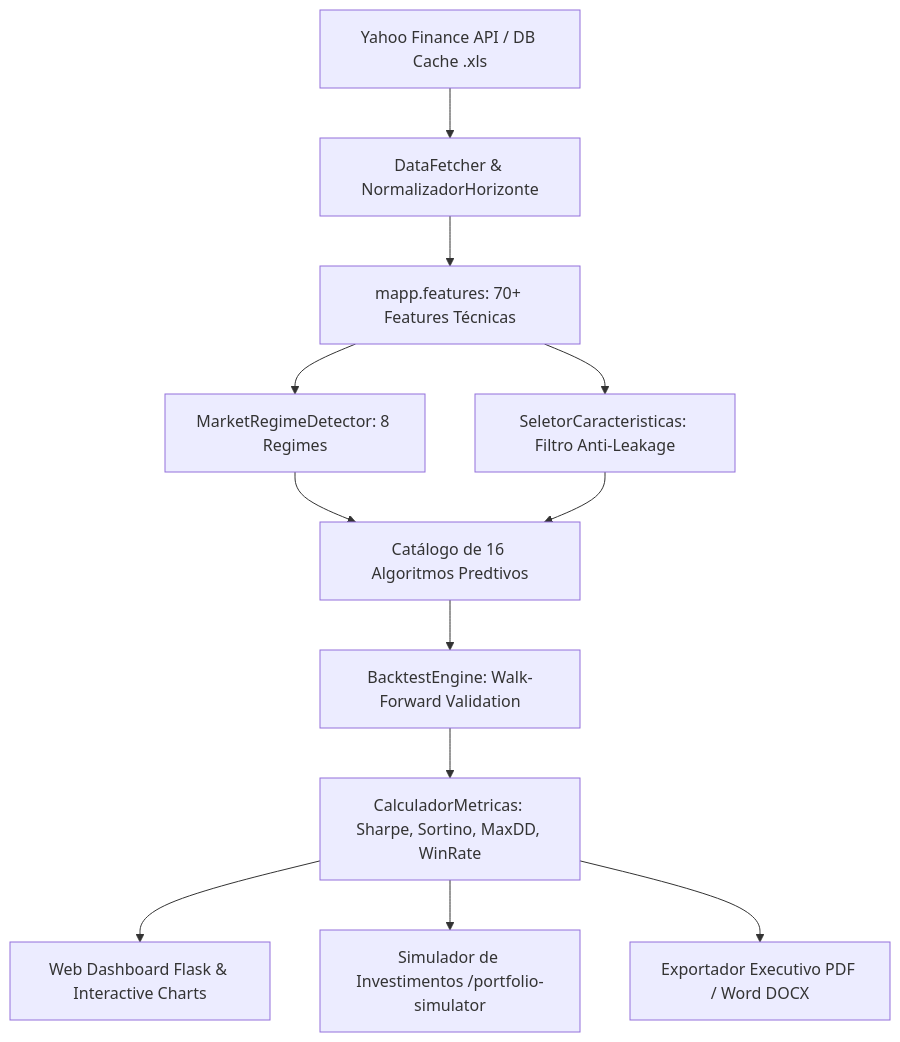
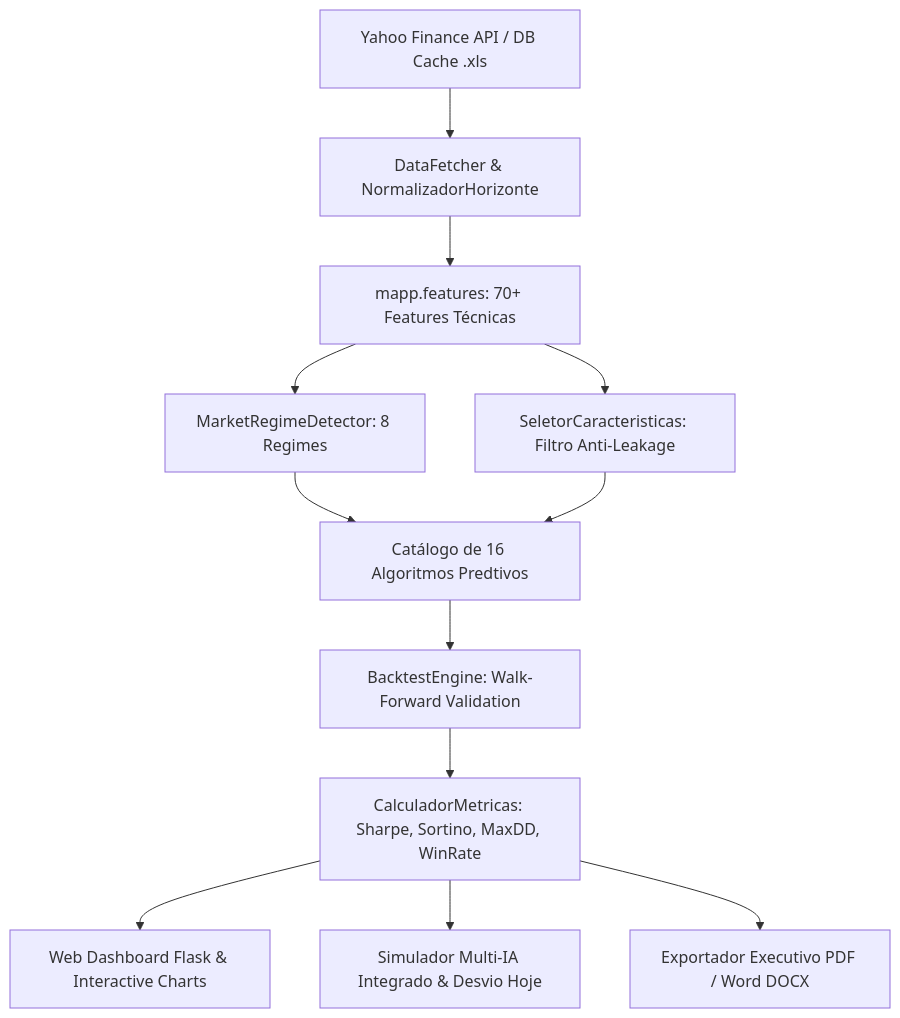
One commit to luiz0067yahoo/predicao_valores_ativos-_com_ia changed the diagram in README.md. Above: the diagram before and after it, drawn with Mermaid. The commit also changed other lines of this file and 16 other files, not shown here.

````diff
--- a/README.md
+++ b/README.md
@@ -23,13 +23,13 @@
 ```mermaid
 graph TD
     A[Yahoo Finance API / DB Cache .xls] --> B[DataFetcher & NormalizadorHorizonte]
     B --> C[mapp.features: 70+ Features Técnicas]
     C --> D[MarketRegimeDetector: 8 Regimes]
     C --> E[SeletorCaracteristicas: Filtro Anti-Leakage]
     D & E --> F[Catálogo de 16 Algoritmos Predtivos]
     F --> G[BacktestEngine: Walk-Forward Validation]
     G --> H[CalculadorMetricas: Sharpe, Sortino, MaxDD, WinRate]
     H --> I[Web Dashboard Flask & Interactive Charts]
-    H --> J[Simulador de Investimentos /portfolio-simulator]
+    H --> J[Simulador Multi-IA Integrado & Desvio Hoje]
     H --> K[Exportador Executivo PDF / Word DOCX]
 ```
````
